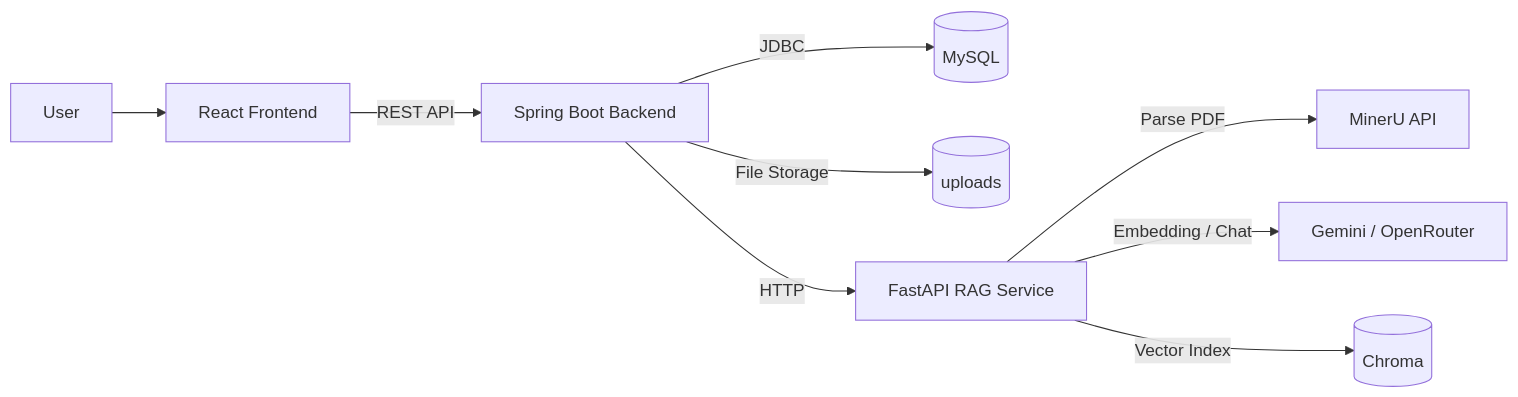
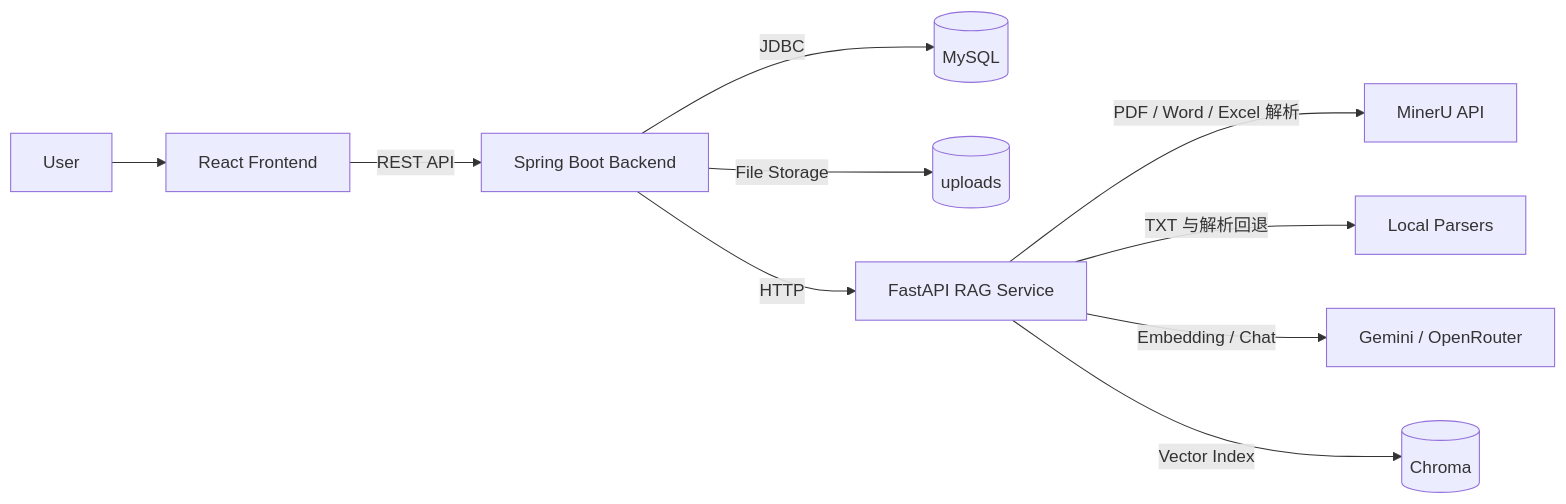
Before and after one commit to ofb241223-dotcom/RAG-LLM: the diagram in README.md, drawn with Mermaid. The commit also changed other lines of this file and 18 other files, not shown here.

````diff
--- a/README.md
+++ b/README.md
@@ -302,11 +302,12 @@
 ```mermaid
 flowchart LR
     U[User] --> FE[React Frontend]
     FE -->|REST API| BE[Spring Boot Backend]
     BE -->|JDBC| DB[(MySQL)]
     BE -->|File Storage| UPLOADS[(uploads)]
     BE -->|HTTP| RAG[FastAPI RAG Service]
-    RAG -->|Parse PDF| MINERU[MinerU API]
+    RAG -->|PDF / Word / Excel 解析| MINERU[MinerU API]
+    RAG -->|TXT 与解析回退| LOCAL[Local Parsers]
     RAG -->|Embedding / Chat| MODEL[Gemini / OpenRouter]
     RAG -->|Vector Index| CHROMA[(Chroma)]
 ```
````
